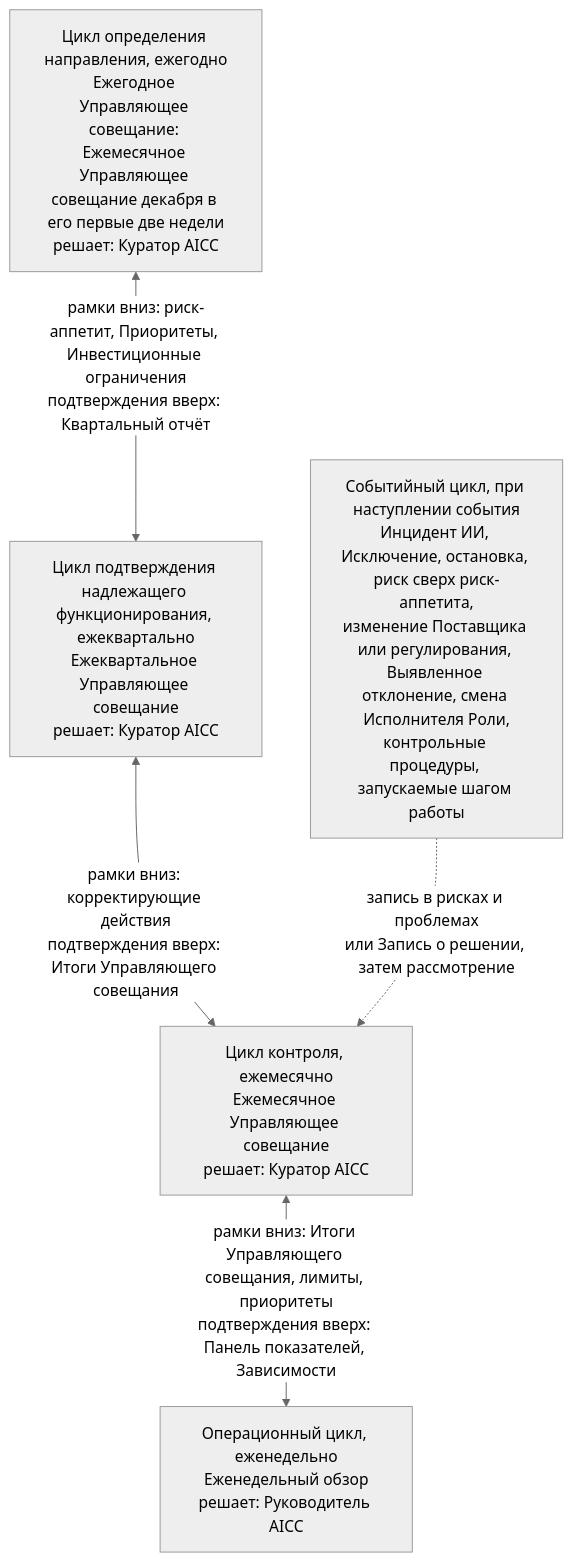
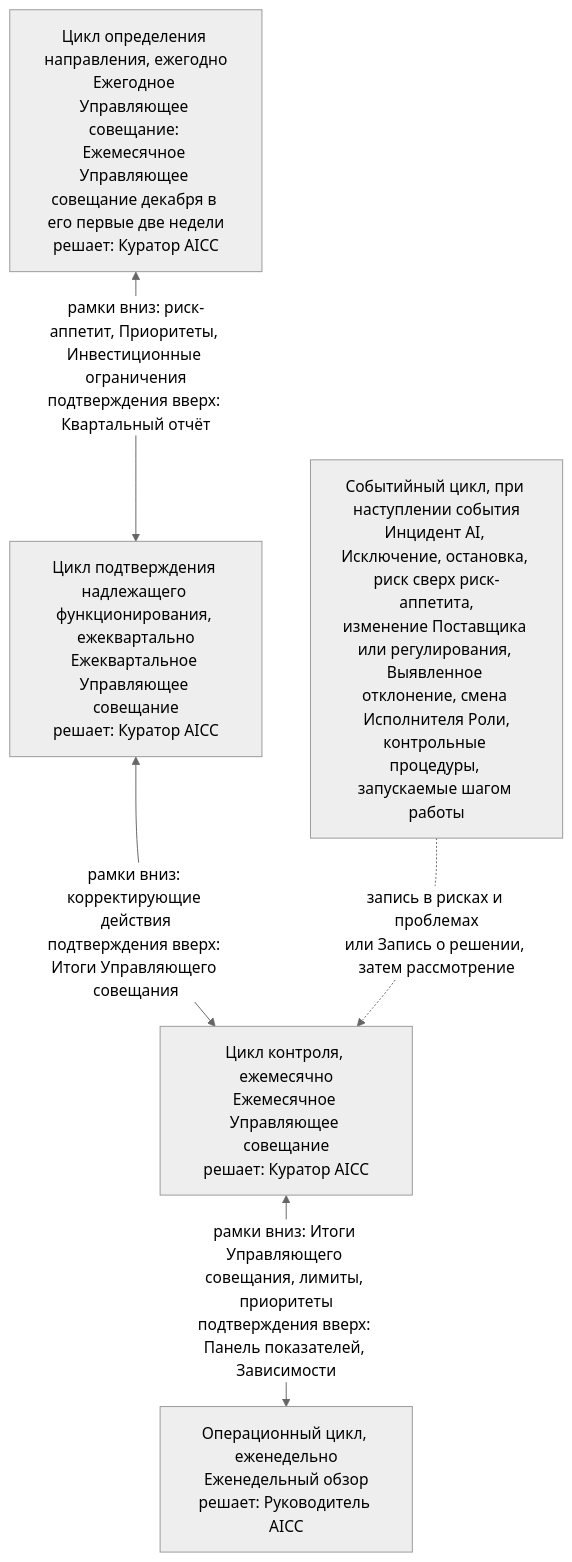
One commit to devhogu/ob-aicc changed the first of 6 diagrams in charter/ru/workflows/unit-governance.md. Above: the diagram before and after it, drawn with Mermaid (neutral theme). The commit also changed other lines of this file and 768 other files, not shown here.

````diff
--- a/charter/ru/workflows/unit-governance.md
+++ b/charter/ru/workflows/unit-governance.md
@@ -21,12 +21,12 @@
 ```mermaid
 flowchart TB
   DI["Цикл определения направления, ежегодно<br/>Ежегодное Управляющее совещание: Ежемесячное Управляющее совещание декабря в его первые две недели<br/>решает: Куратор AICC"]
   AS["Цикл подтверждения надлежащего функционирования, ежеквартально<br/>Ежеквартальное Управляющее совещание<br/>решает: Куратор AICC"]
   CO["Цикл контроля, ежемесячно<br/>Ежемесячное Управляющее совещание<br/>решает: Куратор AICC"]
   OP["Операционный цикл, еженедельно<br/>Еженедельный обзор<br/>решает: Руководитель AICC"]
   DI <-->|"рамки вниз: риск-аппетит, Приоритеты, Инвестиционные ограничения<br/>подтверждения вверх: Квартальный отчёт"| AS
   AS <-->|"рамки вниз: корректирующие действия<br/>подтверждения вверх: Итоги Управляющего совещания"| CO
   CO <-->|"рамки вниз: Итоги Управляющего совещания, лимиты, приоритеты<br/>подтверждения вверх: Панель показателей, Зависимости"| OP
-  EV["Событийный цикл, при наступлении события<br/>Инцидент ИИ, Исключение, остановка, риск сверх риск-аппетита,<br/>изменение Поставщика или регулирования, Выявленное отклонение, смена Исполнителя Роли,<br/>контрольные процедуры, запускаемые шагом работы"]
+  EV["Событийный цикл, при наступлении события<br/>Инцидент AI, Исключение, остановка, риск сверх риск-аппетита,<br/>изменение Поставщика или регулирования, Выявленное отклонение, смена Исполнителя Роли,<br/>контрольные процедуры, запускаемые шагом работы"]
   EV -.->|"запись в рисках и проблемах<br/>или Запись о решении, затем рассмотрение"| CO
 ```
````
